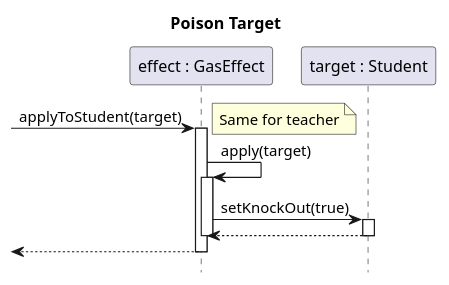
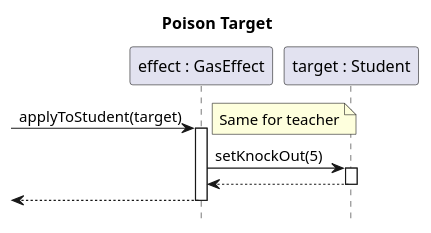
Before and after one commit to sn4k3ch4rm3r/logarlec: the diagram in docs/diagrams/sequence/effect-gas-apply.puml, drawn with PlantUML. The commit also changed 10 other files, not shown here.

Commit message:
Fixed errors, attempted to get the sequences and the class diagram in sync

```diff
--- a/docs/diagrams/sequence/effect-gas-apply.puml
+++ b/docs/diagrams/sequence/effect-gas-apply.puml
@@ -1,17 +1,15 @@
 @startuml effect-gas-apply
 
 title Poison Target
 hide footbox
 
 participant "effect : GasEffect" as effect
 participant "target : Student" as target
 
 [-> effect ++: applyToStudent(target)
 note right: Same for teacher
-	effect -> effect ++: apply(target)
-	effect -> target ++: setKnockOut(true)
+	effect -> target ++: setKnockOut(5)
 	return
-	deactivate
 return
 
 @enduml
```
